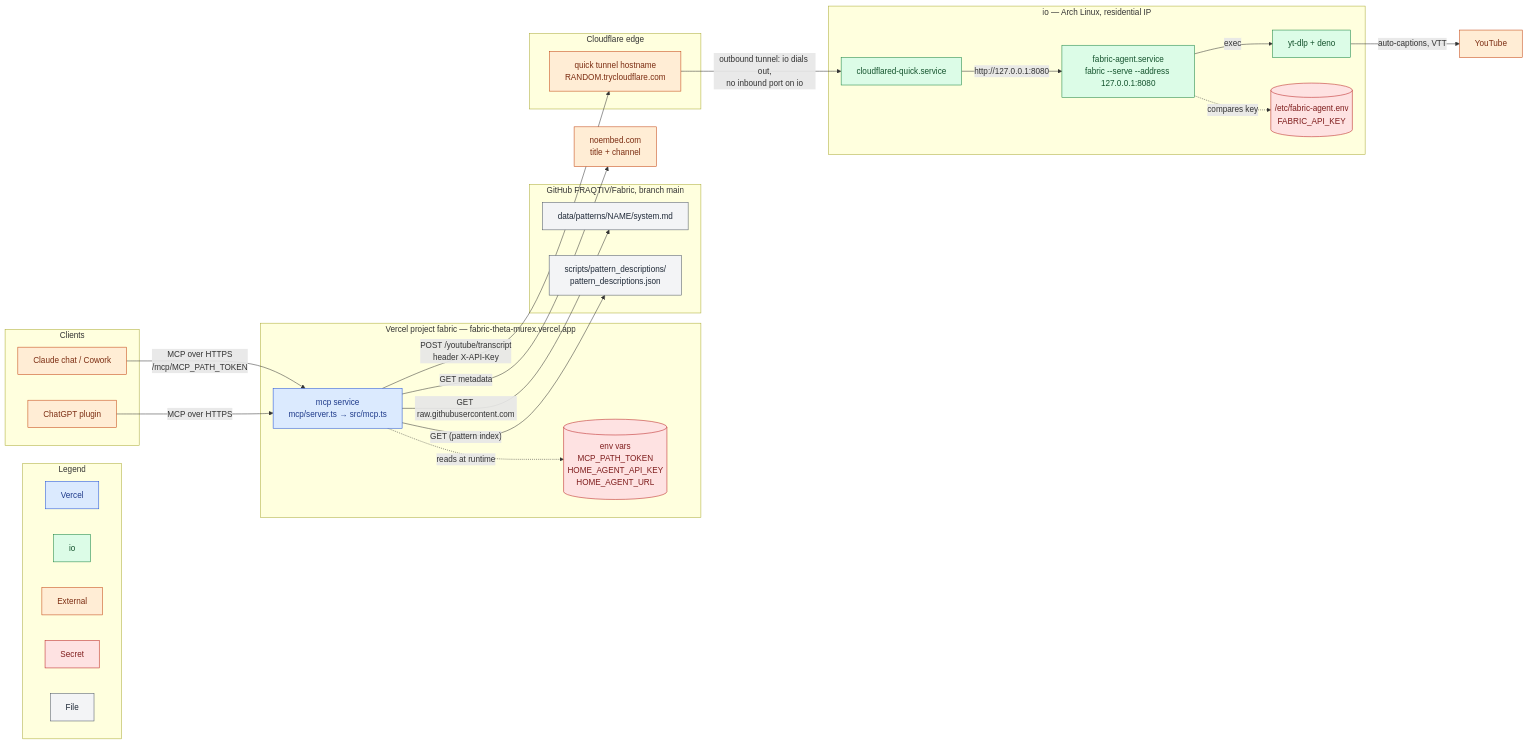
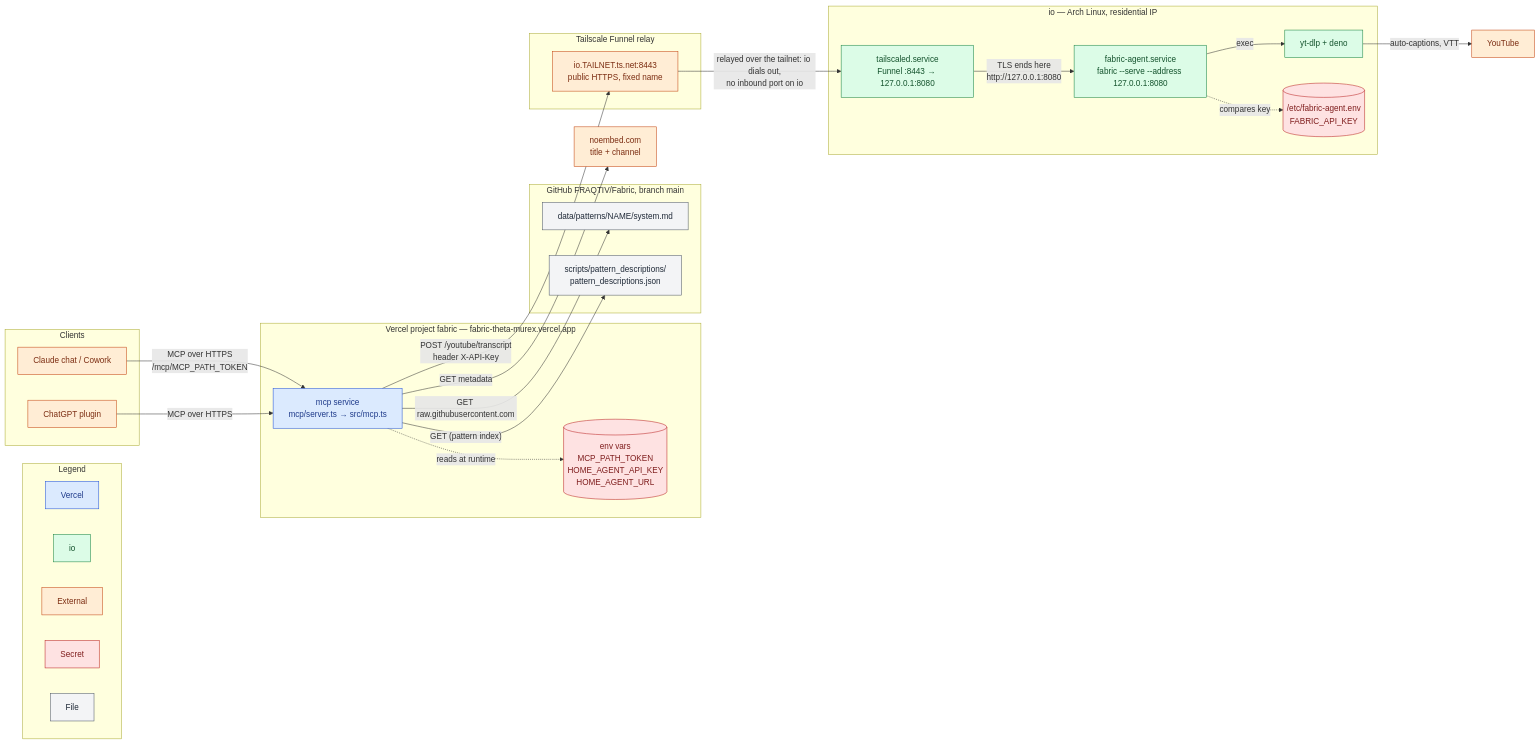
The first of 5 diagrams in docs/fabric-on-io.md (FRAQTIV/Fabric), drawn with Mermaid before and after one commit. The commit also changed other lines of this file and 5 other files, not shown here.

First line of the commit message:
chore(mcp): Retire the Cloudflare quick tunnel; Tailscale Funnel is the only path to io (#19)

````diff
--- a/docs/fabric-on-io.md
+++ b/docs/fabric-on-io.md
@@ -18,59 +20,59 @@
 ```mermaid
 flowchart LR
   subgraph legend["Legend"]
     direction LR
     L1["Vercel"]:::cloud
     L2["io"]:::io
     L3["External"]:::ext
     L4["Secret"]:::secret
     L5["File"]:::file
   end
 
   subgraph clients["Clients"]
     C1["Claude chat / Cowork"]:::ext
     C2["ChatGPT plugin"]:::ext
   end
 
   subgraph vercel["Vercel project fabric — fabric-theta-murex.vercel.app"]
     V1["mcp service<br/>mcp/server.ts → src/mcp.ts"]:::cloud
     V2[("env vars<br/>MCP_PATH_TOKEN<br/>HOME_AGENT_API_KEY<br/>HOME_AGENT_URL")]:::secret
   end
 
   subgraph gh["GitHub FRAQTIV/Fabric, branch main"]
     G1["data/patterns/NAME/system.md"]:::file
     G2["scripts/pattern_descriptions/<br/>pattern_descriptions.json"]:::file
   end
 
-  subgraph cfe["Cloudflare edge"]
-    T1["quick tunnel hostname<br/>RANDOM.trycloudflare.com"]:::ext
+  subgraph tse["Tailscale Funnel relay"]
+    T1["io.TAILNET.ts.net:8443<br/>public HTTPS, fixed name"]:::ext
   end
 
   subgraph io["io — Arch Linux, residential IP"]
-    I1["cloudflared-quick.service"]:::io
+    I1["tailscaled.service<br/>Funnel :8443 → 127.0.0.1:8080"]:::io
     I2["fabric-agent.service<br/>fabric --serve --address 127.0.0.1:8080"]:::io
     I3["yt-dlp + deno"]:::io
     I4[("/etc/fabric-agent.env<br/>FABRIC_API_KEY")]:::secret
   end
 
   Y["YouTube"]:::ext
   N["noembed.com<br/>title + channel"]:::ext
 
   C1 -- "MCP over HTTPS<br/>/mcp/MCP_PATH_TOKEN" --> V1
   C2 -- "MCP over HTTPS" --> V1
   V1 -. "reads at runtime" .-> V2
   V1 -- "GET raw.githubusercontent.com" --> G1
   V1 -- "GET (pattern index)" --> G2
   V1 -- "GET metadata" --> N
   V1 -- "POST /youtube/transcript<br/>header X-API-Key" --> T1
-  T1 -- "outbound tunnel: io dials out,<br/>no inbound port on io" --> I1
-  I1 -- "http://127.0.0.1:8080" --> I2
+  T1 -- "relayed over the tailnet: io dials out,<br/>no inbound port on io" --> I1
+  I1 -- "TLS ends here<br/>http://127.0.0.1:8080" --> I2
   I2 -. "compares key" .-> I4
   I2 -- "exec" --> I3
   I3 -- "auto-captions, VTT" --> Y
 
   classDef cloud fill:#dbeafe,stroke:#1d4ed8,color:#1e3a8a
   classDef io fill:#dcfce7,stroke:#15803d,color:#14532d
   classDef ext fill:#ffedd5,stroke:#c2410c,color:#7c2d12
   classDef secret fill:#fee2e2,stroke:#b91c1c,color:#7f1d1d
   classDef file fill:#f3f4f6,stroke:#4b5563,color:#1f2937
 ```
````
